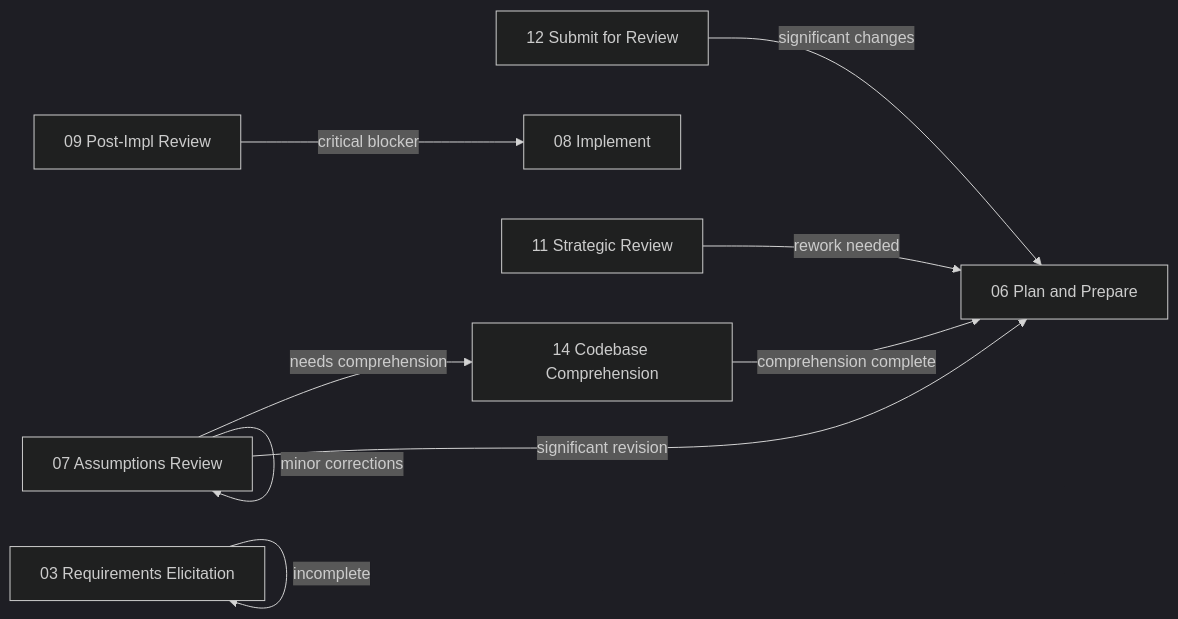
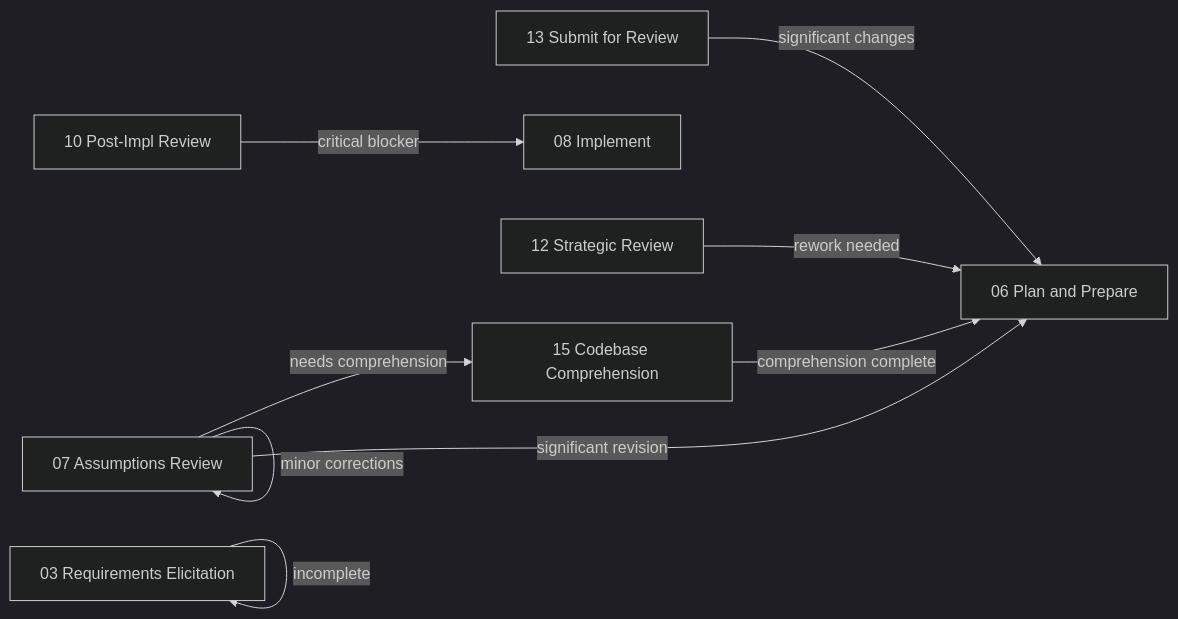
Before and after one commit to m2ux/workflow-server: the third of 3 diagrams in work-package/README.md, drawn with Mermaid (dark theme). The commit also changed other lines of this file and 12 other files, not shown here.

````diff
--- a/work-package/README.md
+++ b/work-package/README.md
@@ -228,11 +233,11 @@
 ```mermaid
 graph LR
     assumptionsReview["07 Assumptions Review"] -->|"minor corrections"| assumptionsReview
-    assumptionsReview -->|"needs comprehension"| codebaseComprehension["14 Codebase Comprehension"]
+    assumptionsReview -->|"needs comprehension"| codebaseComprehension["15 Codebase Comprehension"]
     assumptionsReview -->|"significant revision"| planPrepare["06 Plan and Prepare"]
     codebaseComprehension -->|"comprehension complete"| planPrepare
-    postImplReview["09 Post-Impl Review"] -->|"critical blocker"| implement["08 Implement"]
-    strategicReview["11 Strategic Review"] -->|"rework needed"| planPrepare
-    submitReview["12 Submit for Review"] -->|"significant changes"| planPrepare
+    postImplReview["10 Post-Impl Review"] -->|"critical blocker"| implement["08 Implement"]
+    strategicReview["12 Strategic Review"] -->|"rework needed"| planPrepare
+    submitReview["13 Submit for Review"] -->|"significant changes"| planPrepare
     reqElicit["03 Requirements Elicitation"] -->|"incomplete"| reqElicit
 ```
````
